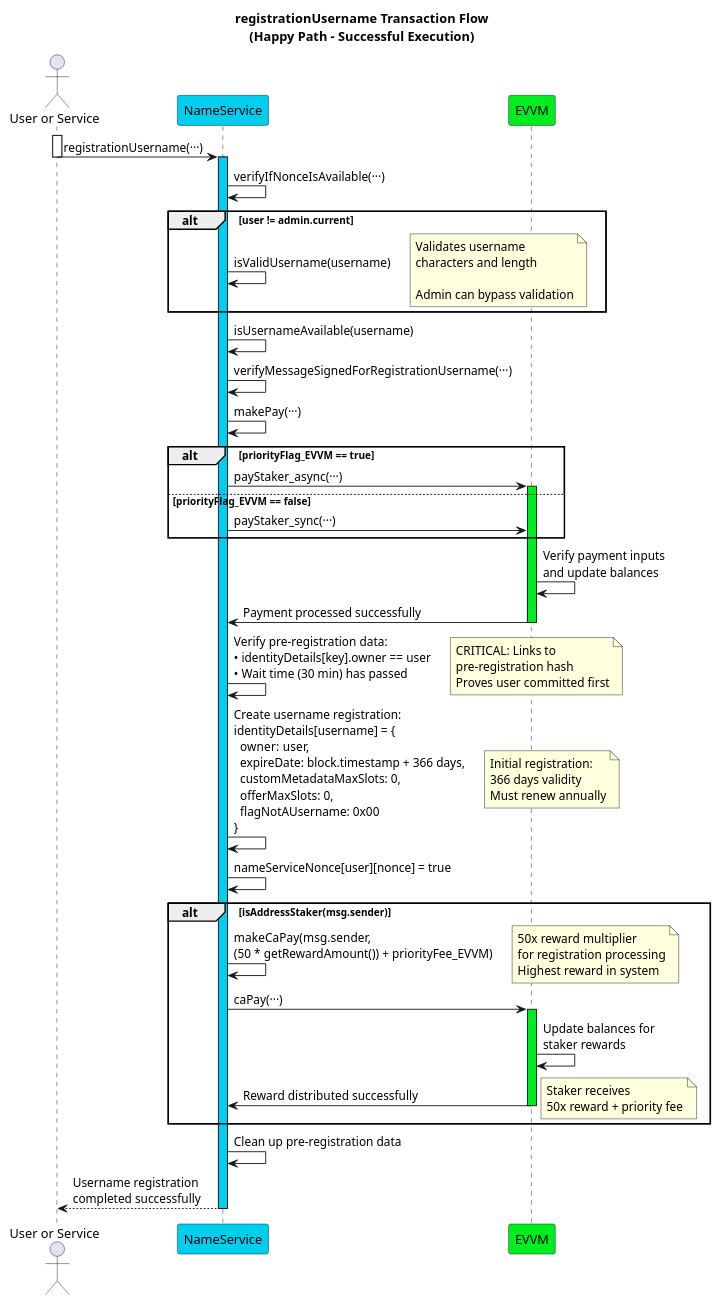
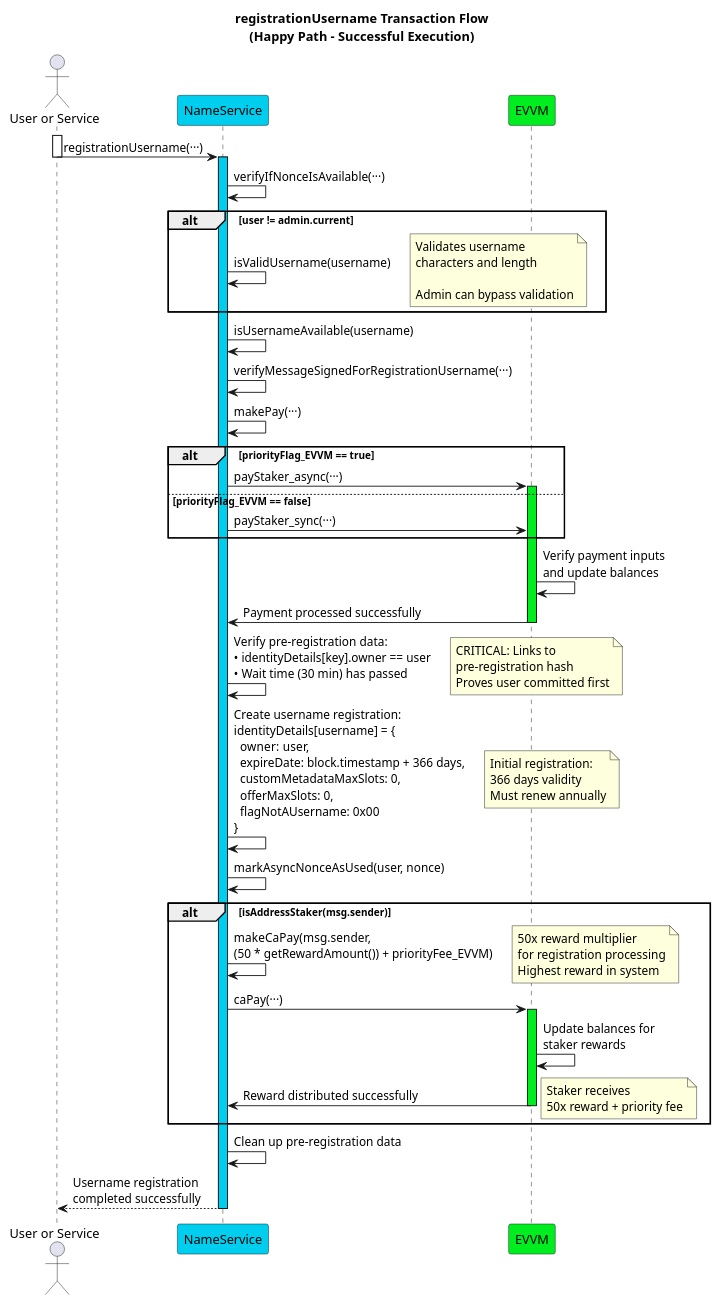
One commit to EVVM-org/documentation-website changed the diagram in docs/04-Contracts/02-NameService/02-UsernameFunctions/img/_plantUML/02registrationUsername/registrationUsername_HappyPath.puml. Above: the diagram before and after it, drawn with PlantUML. The commit also changed 134 other files, not shown here.

```diff
--- a/docs/04-Contracts/02-NameService/02-UsernameFunctions/img/_plantUML/02registrationUsername/registrationUsername_HappyPath.puml
+++ b/docs/04-Contracts/02-NameService/02-UsernameFunctions/img/_plantUML/02registrationUsername/registrationUsername_HappyPath.puml
@@ -1,73 +1,73 @@
 @startuml
 
 <style>
 document {
   BackGroundColor white
 }
 </style>
 
 actor "User or Service" as user
 participant "NameService" as nameService #00CEEE
 participant "EVVM" as evvm #00EE20
 
 title registrationUsername Transaction Flow\n(Happy Path - Successful Execution)
 
 activate user
 note right : User provides:\n• Actual username\n• Random number from pre-registration\n• All required signatures
 
 user -> nameService : registrationUsername(···)
 deactivate user
 activate nameService #00CEEE
 
 nameService -> nameService : verifyIfNonceIsAvailable(···)
 
 alt #white user != admin.current
     nameService -> nameService : isValidUsername(username)
     note right : Validates username\ncharacters and length\n\nAdmin can bypass validation
 end
 
 nameService -> nameService : isUsernameAvailable(username)
 
 nameService -> nameService : verifyMessageSignedForRegistrationUsername(···)
 
 nameService -> nameService : makePay(···)
 
 alt #white priorityFlag_EVVM == true
     nameService -> evvm : payStaker_async(···)
     activate evvm #00EE20
 else #white priorityFlag_EVVM == false
     nameService -> evvm : payStaker_sync(···)
 end
 
 evvm -> evvm : Verify payment inputs\nand update balances
 evvm -> nameService : Payment processed successfully
 deactivate evvm
 
 nameService -> nameService : Verify pre-registration data:\n• identityDetails[key].owner == user\n• Wait time (30 min) has passed
 note right : CRITICAL: Links to\npre-registration hash\nProves user committed first
 
 nameService -> nameService : Create username registration:\nidentityDetails[username] = {\n  owner: user,\n  expireDate: block.timestamp + 366 days,\n  customMetadataMaxSlots: 0,\n  offerMaxSlots: 0,\n  flagNotAUsername: 0x00\n}
 note right : Initial registration:\n366 days validity\nMust renew annually
 
-nameService -> nameService : nameServiceNonce[user][nonce] = true
+nameService -> nameService : markAsyncNonceAsUsed(user, nonce)
 
 alt #white isAddressStaker(msg.sender)
     nameService -> nameService : makeCaPay(msg.sender,\n(50 * getRewardAmount()) + priorityFee_EVVM)
     note right : 50x reward multiplier\nfor registration processing\nHighest reward in system
     
     nameService -> evvm : caPay(···)
     activate evvm #00EE20
     evvm -> evvm : Update balances for\nstaker rewards
     evvm -> nameService : Reward distributed successfully
     deactivate evvm
     
     note right : Staker receives\n50x reward + priority fee
 end
 
 nameService -> nameService : Clean up pre-registration data
 
 nameService --> user : Username registration\ncompleted successfully
 
 deactivate nameService
 
 @enduml
```
